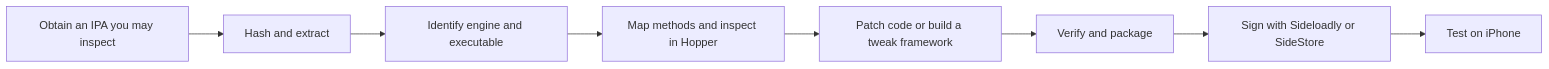
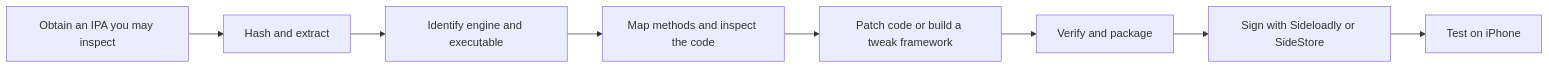
Before and after one commit to justinwlin/ios-app-re-notes: the diagram in README.md, drawn with Mermaid. The commit also changed other lines of this file and 3 other files, not shown here.

````diff
--- a/README.md
+++ b/README.md
@@ -13,10 +13,10 @@
 ```mermaid
 flowchart LR
     A[Obtain an IPA you may inspect] --> B[Hash and extract]
     B --> C[Identify engine and executable]
-    C --> D[Map methods and inspect in Hopper]
+    C --> D[Map methods and inspect the code]
     D --> E[Patch code or build a tweak framework]
     E --> F[Verify and package]
     F --> G[Sign with Sideloadly or SideStore]
     G --> H[Test on iPhone]
 ```
````
